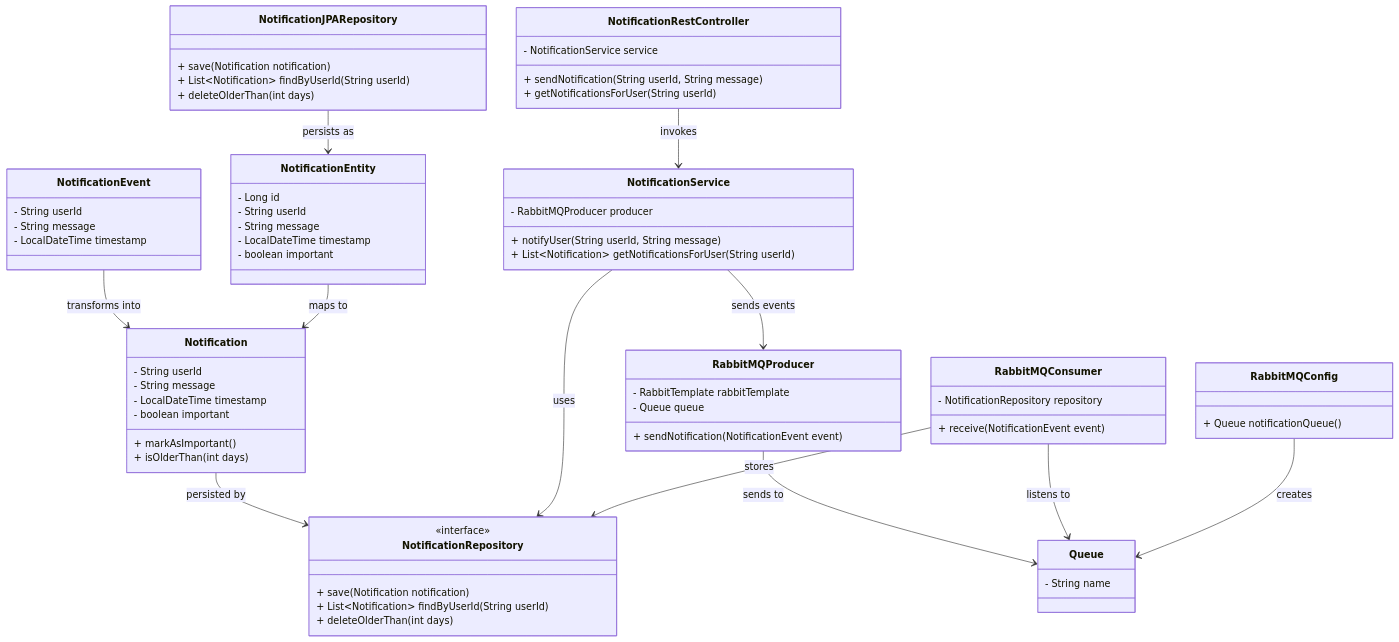
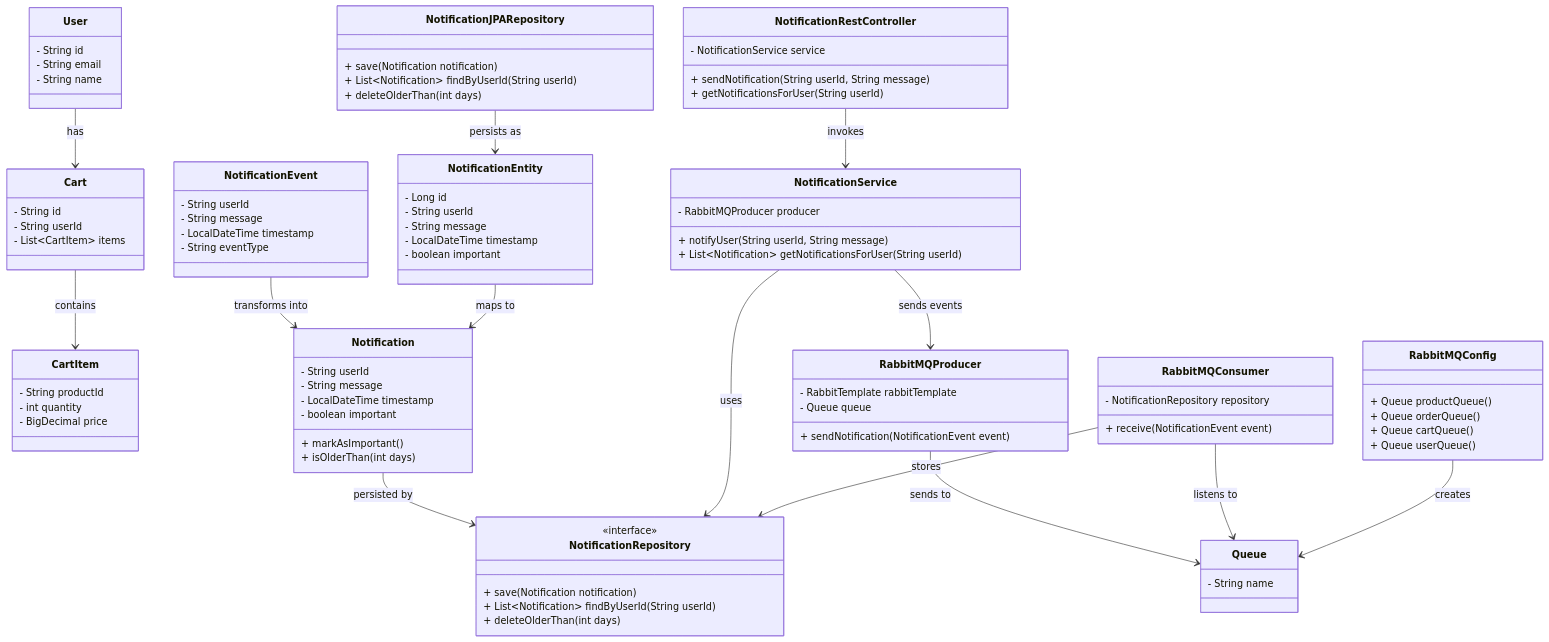
The diagram in docs/diagram.mmd (GFTCOMS/WRK25COMMUNICATION), drawn with Mermaid before and after one commit. The commit also changed 8 other files, not shown here.

```diff
--- a/docs/diagram.mmd
+++ b/docs/diagram.mmd
@@ -1,79 +1,103 @@
 classDiagram
+class User {
+- String id
+- String email
+- String name
+}
+
+class Cart {
+- String id
+- String userId
+- List~CartItem~ items
+}
+
+class CartItem {
+- String productId
+- int quantity
+- BigDecimal price
+}
+
 class NotificationEvent {
 - String userId
 - String message
 - LocalDateTime timestamp
+- String eventType
 }
 
 class Notification {
 - String userId
 - String message
 - LocalDateTime timestamp
 - boolean important
 + markAsImportant()
 + isOlderThan(int days)
 }
 
 class NotificationRepository {
 <<interface>>
 + save(Notification notification)
 + List~Notification~ findByUserId(String userId)
 + deleteOlderThan(int days)
 }
 
 class RabbitMQProducer {
 - RabbitTemplate rabbitTemplate
 - Queue queue
 + sendNotification(NotificationEvent event)
 }
 
 class RabbitMQConsumer {
 - NotificationRepository repository
 + receive(NotificationEvent event)
 }
 
 class NotificationService {
 - RabbitMQProducer producer
 + notifyUser(String userId, String message)
 + List~Notification~ getNotificationsForUser(String userId)
 }
 
 class NotificationRestController {
 - NotificationService service
 + sendNotification(String userId, String message)
 + getNotificationsForUser(String userId)
 }
 
 class NotificationJPARepository {
 + save(Notification notification)
 + List~Notification~ findByUserId(String userId)
 + deleteOlderThan(int days)
 }
 
 class NotificationEntity {
 - Long id
 - String userId
 - String message
 - LocalDateTime timestamp
 - boolean important
 }
 
 class RabbitMQConfig {
-+ Queue notificationQueue()
++ Queue productQueue()
++ Queue orderQueue()
++ Queue cartQueue()
++ Queue userQueue()
 }
 
 class Queue {
 - String name
 }
 
+User --> Cart : has
+Cart --> CartItem : contains
 NotificationEvent --> Notification : transforms into
 Notification --> NotificationRepository : persisted by
 NotificationService --> NotificationRepository : uses
 NotificationService --> RabbitMQProducer : sends events
 RabbitMQProducer --> Queue : sends to
 RabbitMQConsumer --> Queue : listens to
 RabbitMQConsumer --> NotificationRepository : stores
 NotificationJPARepository --> NotificationEntity : persists as
 NotificationEntity --> Notification : maps to
 NotificationRestController --> NotificationService : invokes
 RabbitMQConfig --> Queue : creates
```
